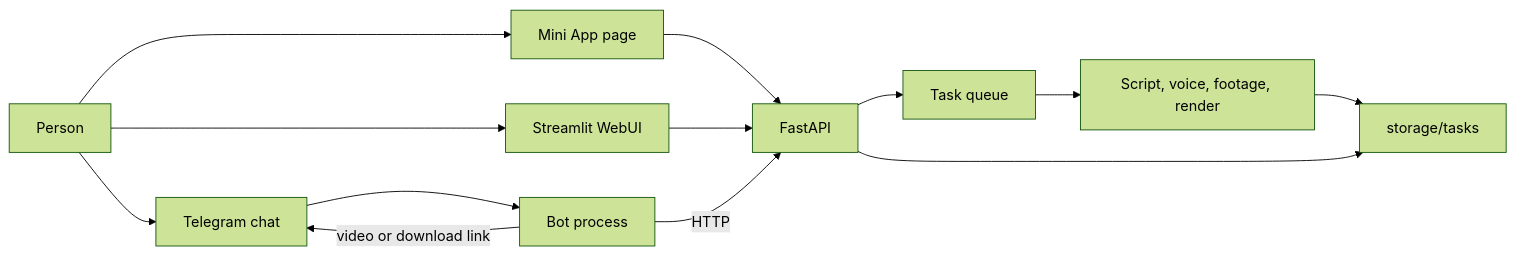
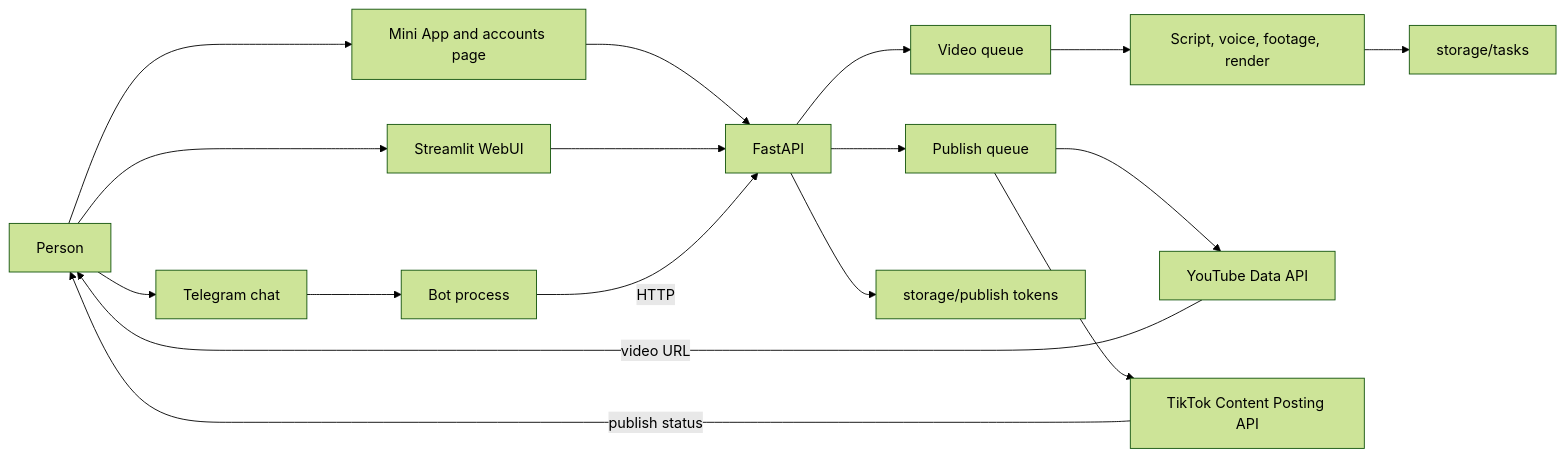
One commit to fairt8/moneyprinterturbo-plus changed the diagram in README.md. Above: the diagram before and after it, drawn with Mermaid (forest theme). The commit also changed other lines of this file and 36 other files, not shown here.

First line of the commit message:
Add multi-account YouTube and TikTok publishing.

````diff
--- a/README.md
+++ b/README.md
@@ -16,25 +16,33 @@
 ```mermaid
 flowchart LR
   person[Person]
   chat[Telegram chat]
-  mini[Mini App page]
+  mini[Mini App and accounts page]
   studio[Streamlit WebUI]
   bot[Bot process]
   api[FastAPI]
-  queue[Task queue]
+  queue[Video queue]
+  publishq[Publish queue]
   pipe[Script, voice, footage, render]
   disk[storage/tasks]
+  tokens[storage/publish tokens]
+  youtube[YouTube Data API]
+  tiktok[TikTok Content Posting API]
 
   person --> chat
   person --> mini
   person --> studio
   chat --> bot
   mini --> api
   studio --> api
   bot -->|HTTP| api
   api --> queue
   queue --> pipe
   pipe --> disk
-  api --> disk
-  bot -->|video or download link| chat
+  api --> publishq
+  publishq --> youtube
+  publishq --> tiktok
+  api --> tokens
+  youtube -->|video URL| person
+  tiktok -->|publish status| person
 ```
````
